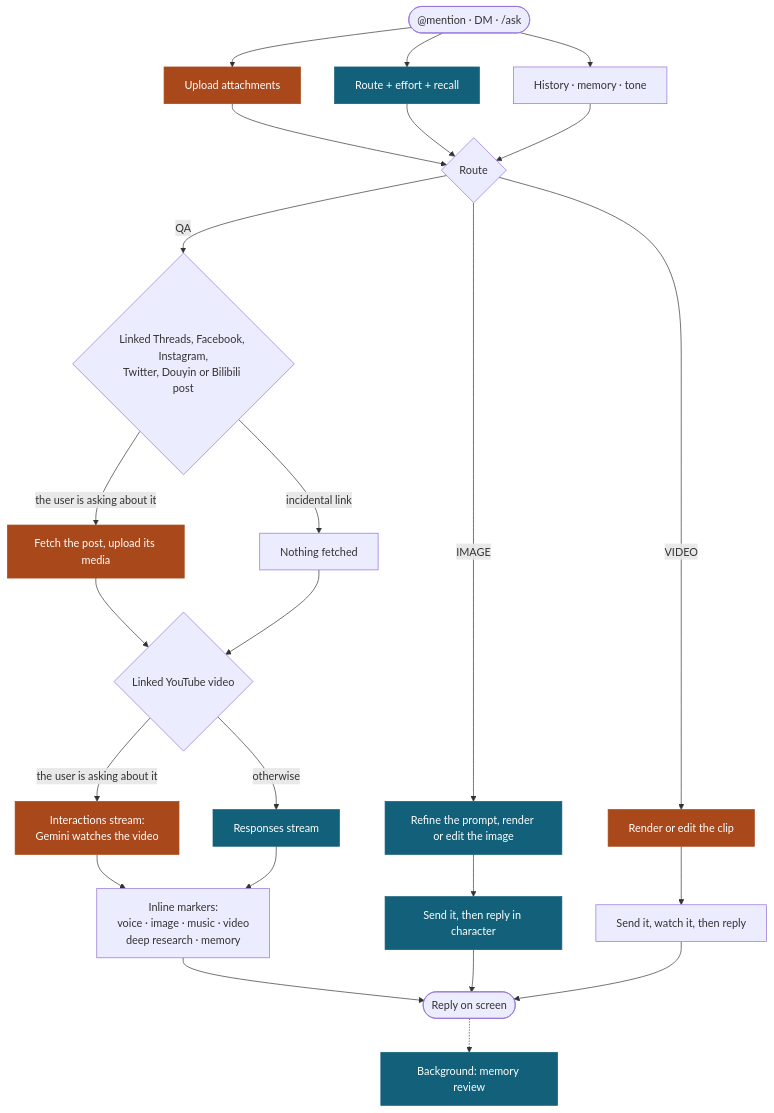
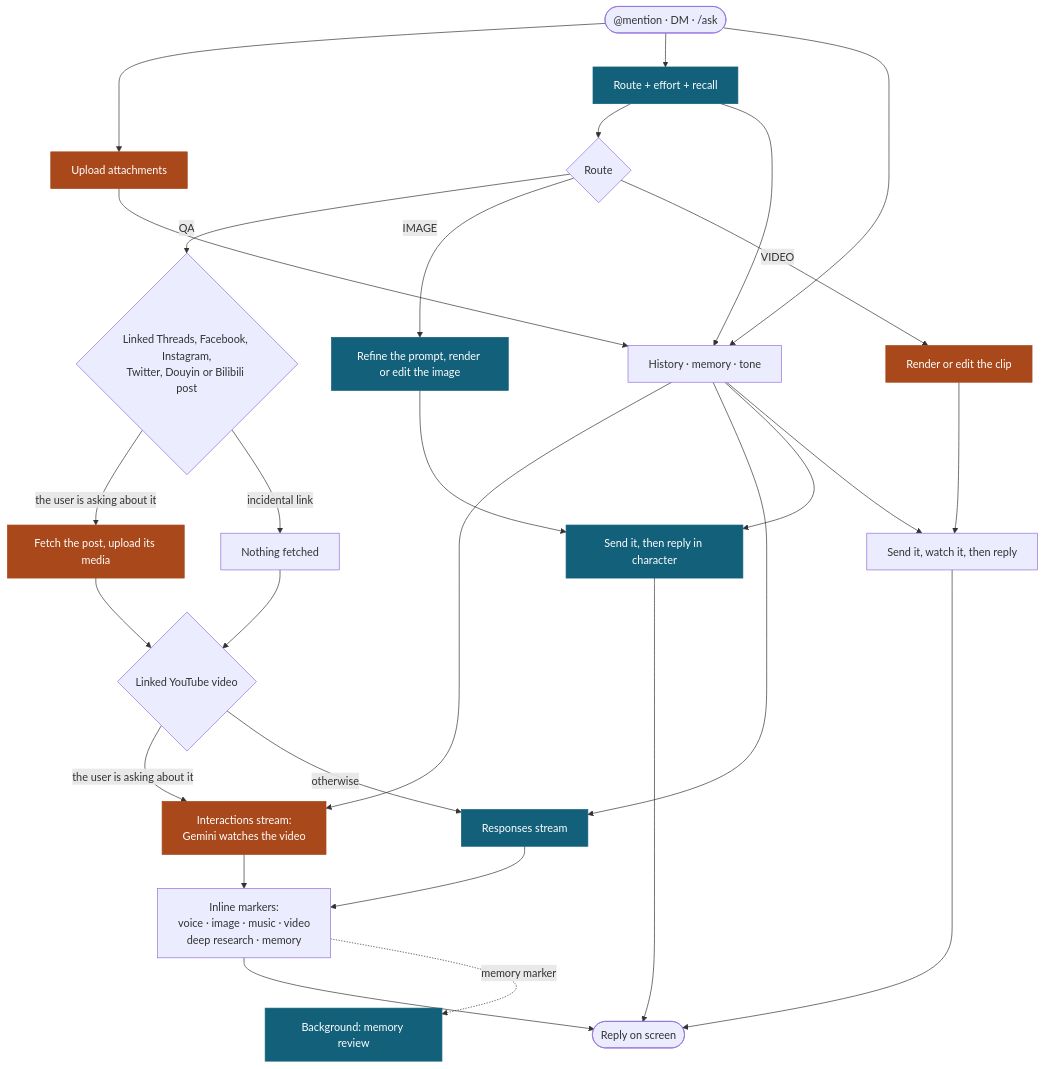
One commit to Mai0313/discordbot changed the diagram in README.md. Above: the diagram before and after it, drawn with Mermaid. The commit also changed other lines of this file and 2 other files, not shown here.

Commit message:
docs(readme): match the reply diagram and casino note to the code
The reply context waits on the route, only a QA answer can start a memory review, and the bot sits at a table only while its wallet holds money.

````diff
--- a/README.md
+++ b/README.md
@@ -43,33 +43,34 @@
 ```mermaid
 flowchart TD
     U(["@mention · DM · /ask"]) --> UP & RT & CX
 
     UP["Upload attachments"]
     RT["Route + effort + recall"]
     CX["History · memory · tone"]
 
-    UP & RT & CX --> R{"Route"}
+    RT --> R{"Route"}
+    UP & RT --> CX --> YT & QS & I2 & V2
 
     R -->|QA| L{"Linked Threads, Facebook, Instagram,<br/>Twitter, Douyin or Bilibili post"}
     L -->|"the user is asking about it"| LF["Fetch the post, upload its media"]
     L -->|"incidental link"| LS["Nothing fetched"]
     LF & LS --> Y{"Linked YouTube video"}
     Y -->|"the user is asking about it"| YT["Interactions stream:<br/>Gemini watches the video"]
     Y -->|"otherwise"| QS["Responses stream"]
     YT & QS --> Q2["Inline markers:<br/>voice · image · music · video<br/>deep research · memory"]
 
     R -->|IMAGE| I1["Refine the prompt, render or edit the image"]
     I1 --> I2["Send it, then reply in character"]
     R -->|VIDEO| V1["Render or edit the clip"]
     V1 --> V2["Send it, watch it, then reply"]
 
     Q2 --> OUT(["Reply on screen"])
     I2 --> OUT
     V2 --> OUT
-    OUT -.-> MM["Background: memory review"]
+    Q2 -.->|"memory marker"| MM["Background: memory review"]
 
     classDef proxy fill:#12607a,stroke:#12607a,color:#ffffff
     classDef direct fill:#a8481b,stroke:#a8481b,color:#ffffff
     class RT,QS,I1,I2,MM proxy
     class UP,LF,YT,V1 direct
 ```
````
